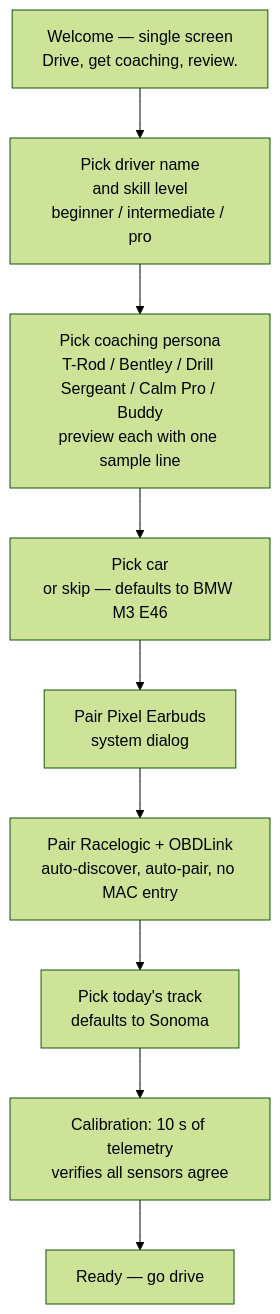
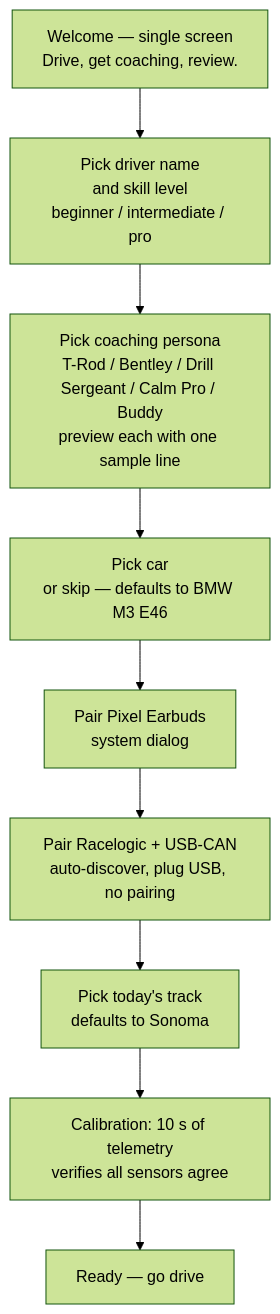
Before and after one commit to mlnomadpy/pitwall: the fifth of 5 diagrams in docs/ux.md, drawn with Mermaid (forest theme). The commit also changed other lines of this file and 47 other files, not shown here.

````diff
--- a/docs/ux.md
+++ b/docs/ux.md
@@ -394,14 +394,14 @@
 ```mermaid
 flowchart TD
   W1[Welcome — single screen<br/>Drive, get coaching, review.]
   W2[Pick driver name<br/>and skill level<br/>beginner / intermediate / pro]
   W3[Pick coaching persona<br/>T-Rod / Bentley / Drill Sergeant / Calm Pro / Buddy<br/>preview each with one sample line]
   W4[Pick car<br/>or skip — defaults to BMW M3 E46]
   W5[Pair Pixel Earbuds<br/>system dialog]
-  W6[Pair Racelogic + OBDLink<br/>auto-discover, auto-pair, no MAC entry]
+  W6[Pair Racelogic + USB-CAN<br/>auto-discover, plug USB, no pairing]
   W7[Pick today's track<br/>defaults to Sonoma]
   W8[Calibration: 10 s of telemetry<br/>verifies all sensors agree]
   DONE[Ready — go drive]
 
   W1 --> W2 --> W3 --> W4 --> W5 --> W6 --> W7 --> W8 --> DONE
 ```
````
